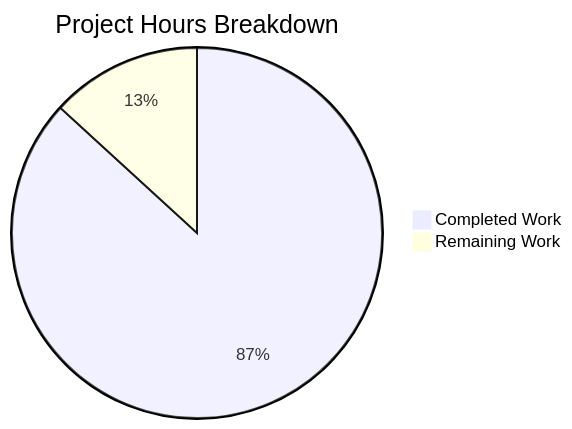
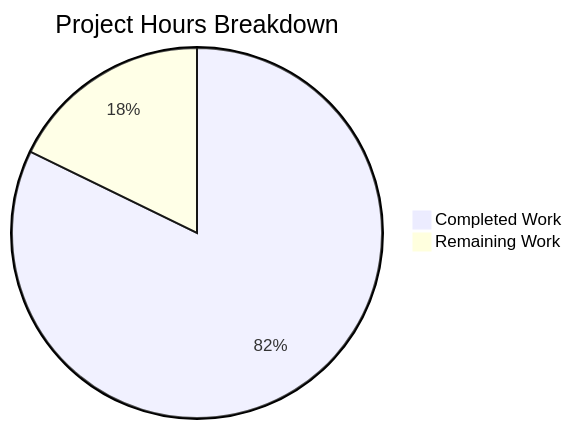
The second of 2 diagrams in blitzy/documentation/Project Guide.md (Blitzy-Sandbox/blitzy-zlib), drawn with Mermaid before and after one commit. The commit also changed other lines of this file, not shown here.

Commit message:
Adding Blitzy Project Guide: Project Status and Human Tasks Remaining

````diff
--- a/blitzy/documentation/Project Guide.md
+++ b/blitzy/documentation/Project Guide.md
@@ -125,5 +206,5 @@
 ```mermaid
 pie title Project Hours Breakdown
-    "Completed Work" : 388
-    "Remaining Work" : 59
+    "Completed Work" : 296
+    "Remaining Work" : 64
 ```
````
